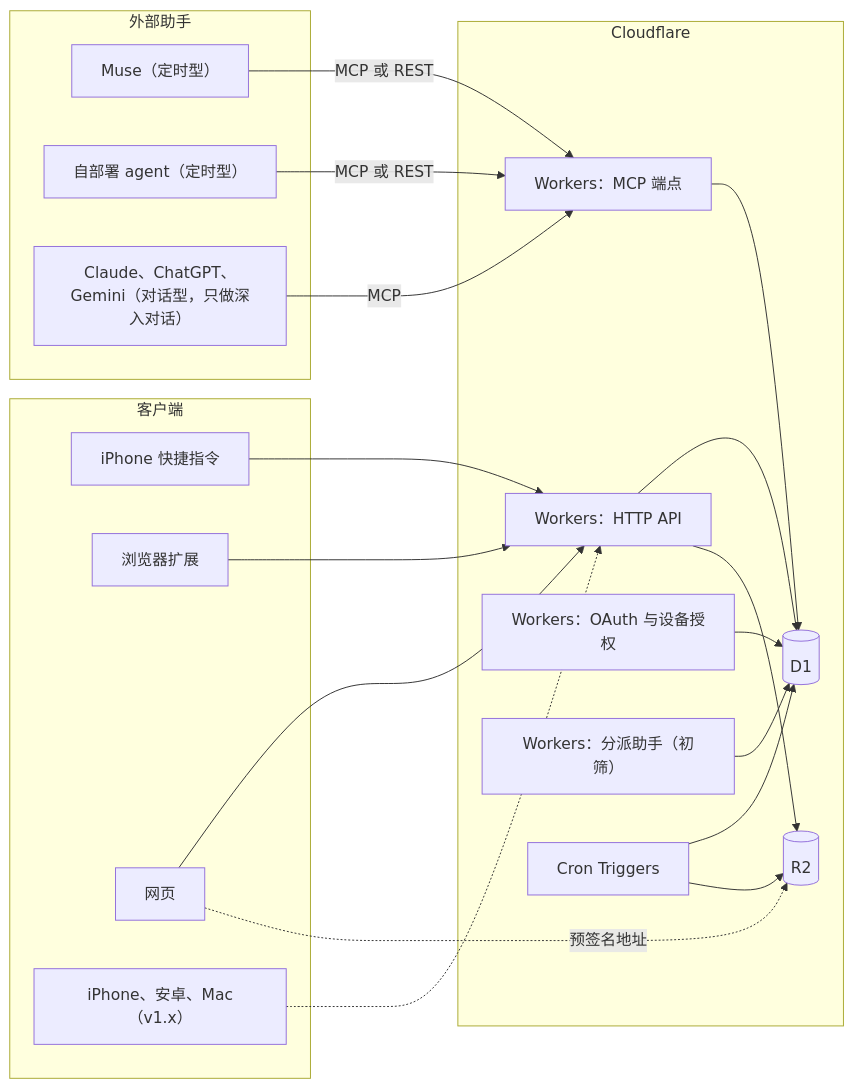
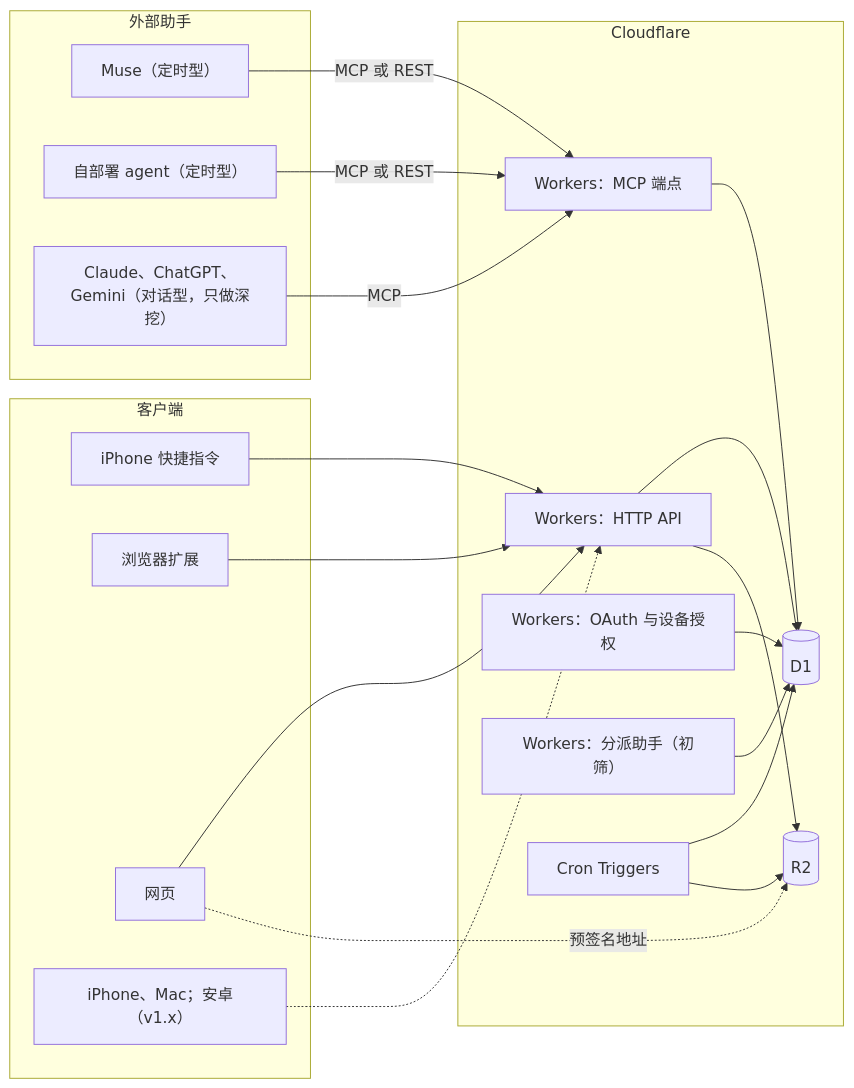
Before and after one commit to KeepEssenceApp/spec: the diagram in product/architecture.md, drawn with Mermaid. The commit also changed other lines of this file and 17 other files, not shown here.

````diff
--- a/product/architecture.md
+++ b/product/architecture.md
@@ -9,38 +9,38 @@
 ```mermaid
 flowchart LR
   subgraph C["客户端"]
     IOS["iPhone 快捷指令"]
     EXT["浏览器扩展"]
     WEB["网页"]
-    NAT["iPhone、安卓、Mac（v1.x）"]
+    NAT["iPhone、Mac；安卓（v1.x）"]
   end
   subgraph CF["Cloudflare"]
     API["Workers：HTTP API"]
     MCP["Workers：MCP 端点"]
     AUTH["Workers：OAuth 与设备授权"]
     DISP["Workers：分派助手（初筛）"]
     CRON["Cron Triggers"]
     D1[("D1")]
     R2[("R2")]
   end
   subgraph A["外部助手"]
     MUSE["Muse（定时型）"]
     SELF["自部署 agent（定时型）"]
-    CHAT["Claude、ChatGPT、Gemini（对话型，只做深入对话）"]
+    CHAT["Claude、ChatGPT、Gemini（对话型，只做深挖）"]
   end
   IOS --> API
   EXT --> API
   WEB --> API
   NAT -.-> API
   API --> D1
   API --> R2
   WEB -. 预签名地址 .-> R2
   MUSE -->|MCP 或 REST| MCP
   SELF -->|MCP 或 REST| MCP
   CHAT -->|MCP| MCP
   MCP --> D1
   AUTH --> D1
   DISP --> D1
   CRON --> D1
   CRON --> R2
 ```
````
